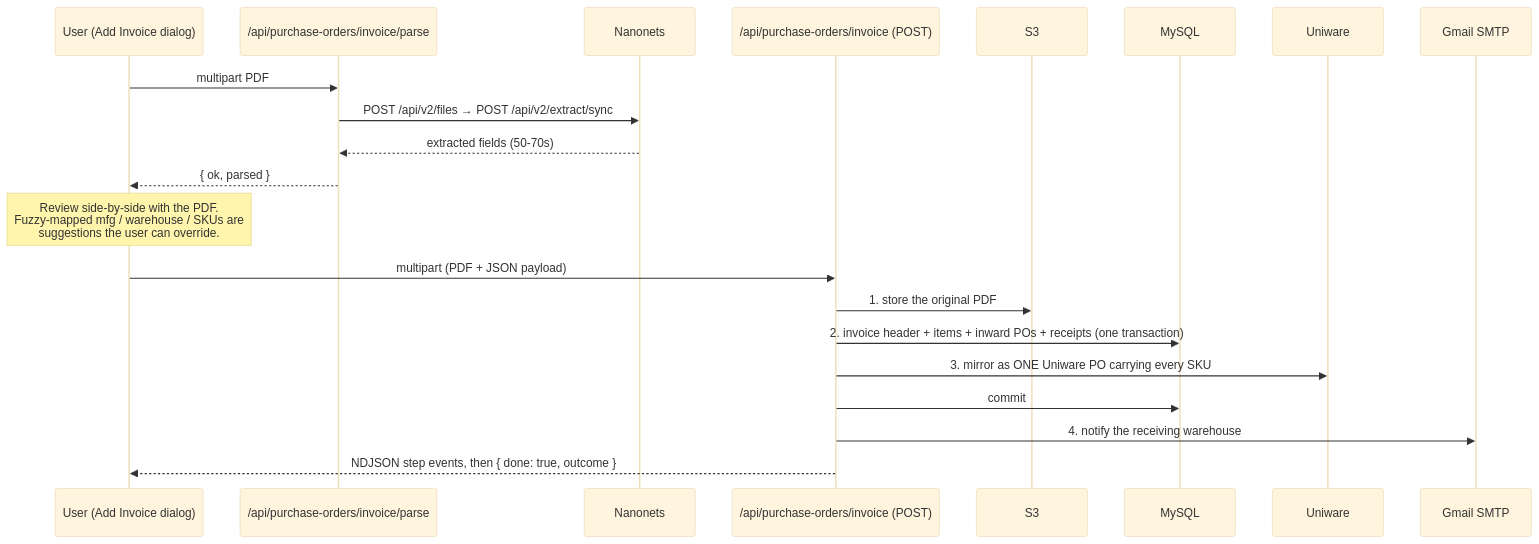
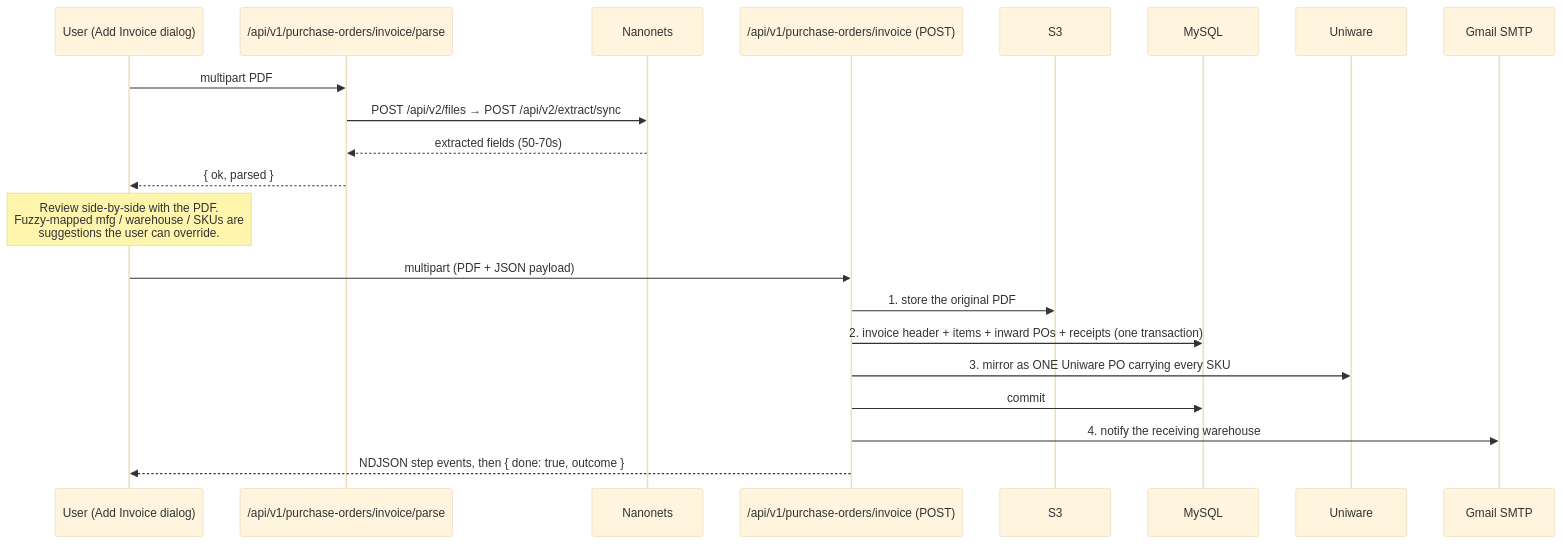
The diagram in erp_project/docs/po-inwarding.md (ERP-PreFg-Admin/ERP-Prefg-Tool), drawn with Mermaid (base theme) before and after one commit. The commit also changed other lines of this file and 96 other files, not shown here.

````diff
--- a/erp_project/docs/po-inwarding.md
+++ b/erp_project/docs/po-inwarding.md
@@ -13,24 +13,24 @@
 ```mermaid
 sequenceDiagram
     participant U as User (Add Invoice dialog)
-    participant P as /api/purchase-orders/invoice/parse
+    participant P as /api/v1/purchase-orders/invoice/parse
     participant N as Nanonets
-    participant C as /api/purchase-orders/invoice (POST)
+    participant C as /api/v1/purchase-orders/invoice (POST)
     participant S3 as S3
     participant DB as MySQL
     participant UW as Uniware
     participant M as Gmail SMTP
 
     U->>P: multipart PDF
     P->>N: POST /api/v2/files → POST /api/v2/extract/sync
     N-->>P: extracted fields (50-70s)
     P-->>U: { ok, parsed }
     note over U: Review side-by-side with the PDF.<br/>Fuzzy-mapped mfg / warehouse / SKUs are<br/>suggestions the user can override.
     U->>C: multipart (PDF + JSON payload)
     C->>S3: 1. store the original PDF
     C->>DB: 2. invoice header + items + inward POs + receipts (one transaction)
     C->>UW: 3. mirror as ONE Uniware PO carrying every SKU
     C->>DB: commit
     C->>M: 4. notify the receiving warehouse
     C-->>U: NDJSON step events, then { done: true, outcome }
 ```
````
